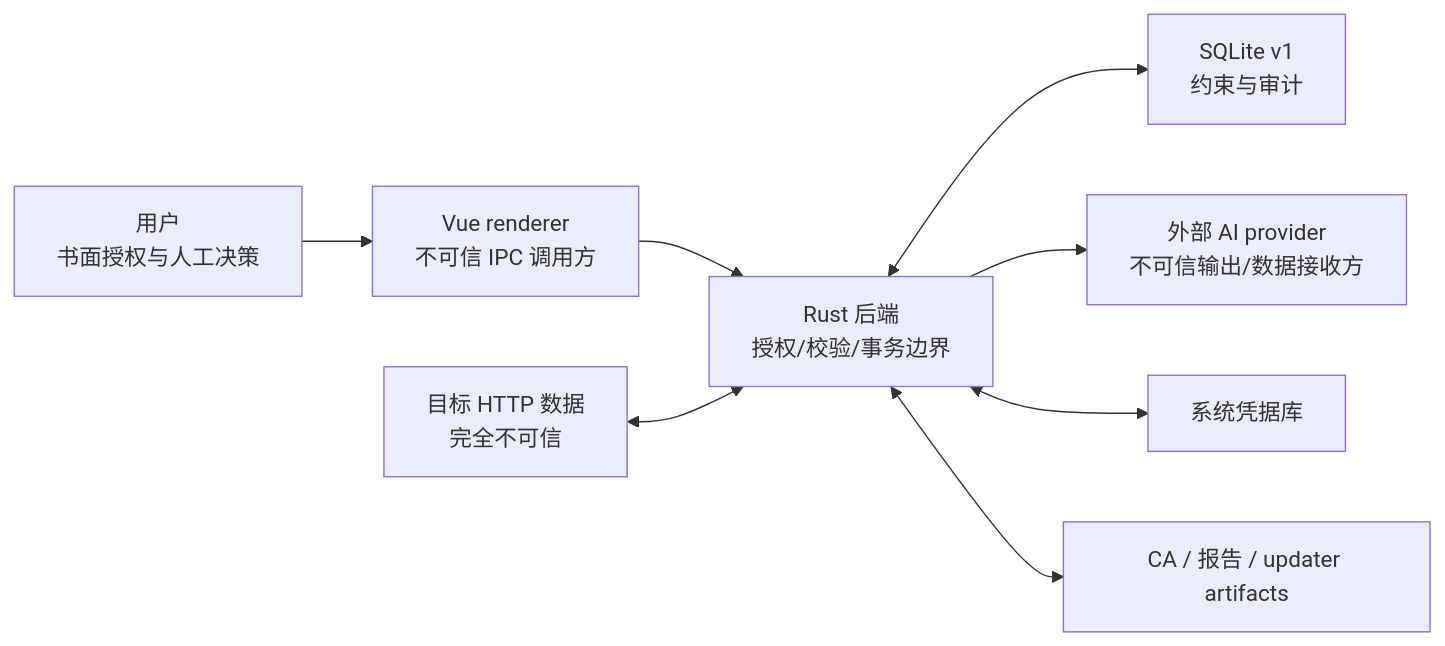
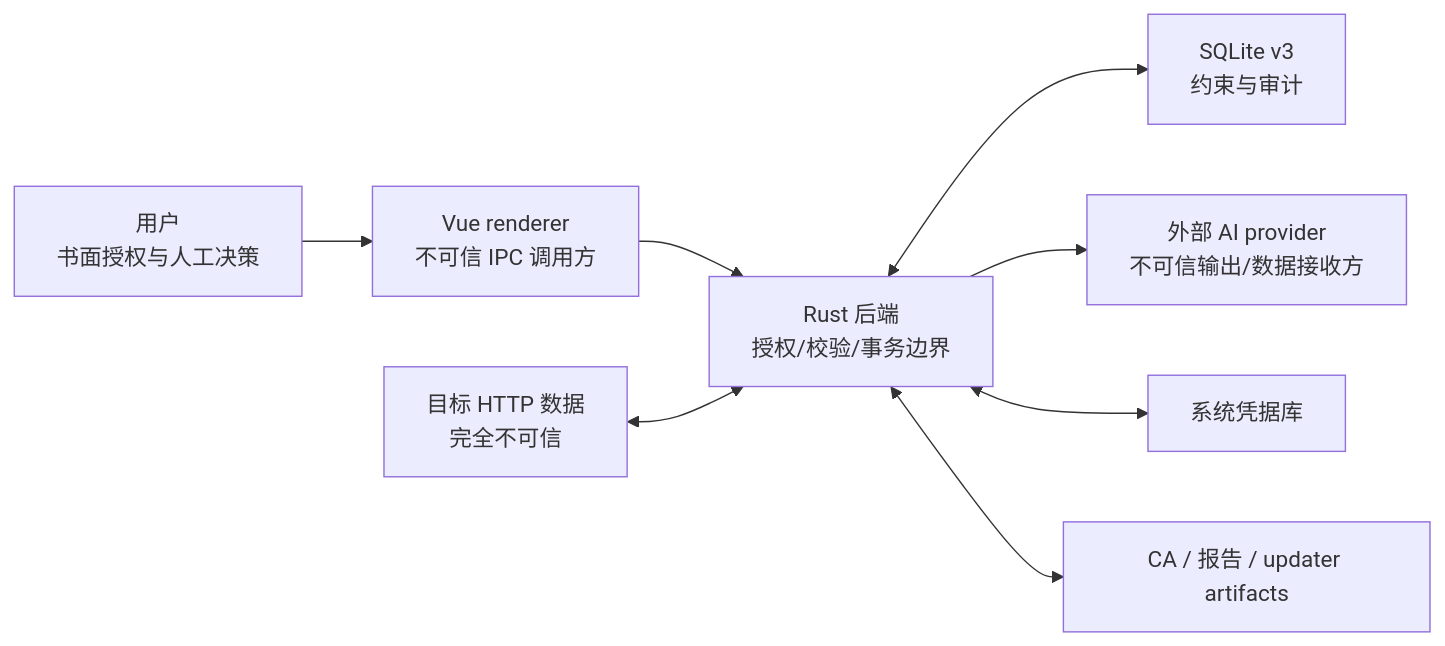
The diagram in docs/architecture/security-boundaries.md (shyrel666/RustForge), drawn with Mermaid before and after one commit. The commit also changed other lines of this file and 62 other files, not shown here.

````diff
--- a/docs/architecture/security-boundaries.md
+++ b/docs/architecture/security-boundaries.md
@@ -9,18 +9,18 @@
 ```mermaid
 flowchart LR
     User["用户\n书面授权与人工决策"]
     Renderer["Vue renderer\n不可信 IPC 调用方"]
     Backend["Rust 后端\n授权/校验/事务边界"]
-    DB["SQLite v1\n约束与审计"]
+    DB["SQLite v3\n约束与审计"]
     Target["目标 HTTP 数据\n完全不可信"]
     Provider["外部 AI provider\n不可信输出/数据接收方"]
     OSSecrets["系统凭据库"]
     Files["CA / 报告 / updater artifacts"]
 
     User --> Renderer --> Backend
     Backend <--> DB
     Target <--> Backend
     Backend --> Provider
     Backend <--> OSSecrets
     Backend <--> Files
 ```
````
